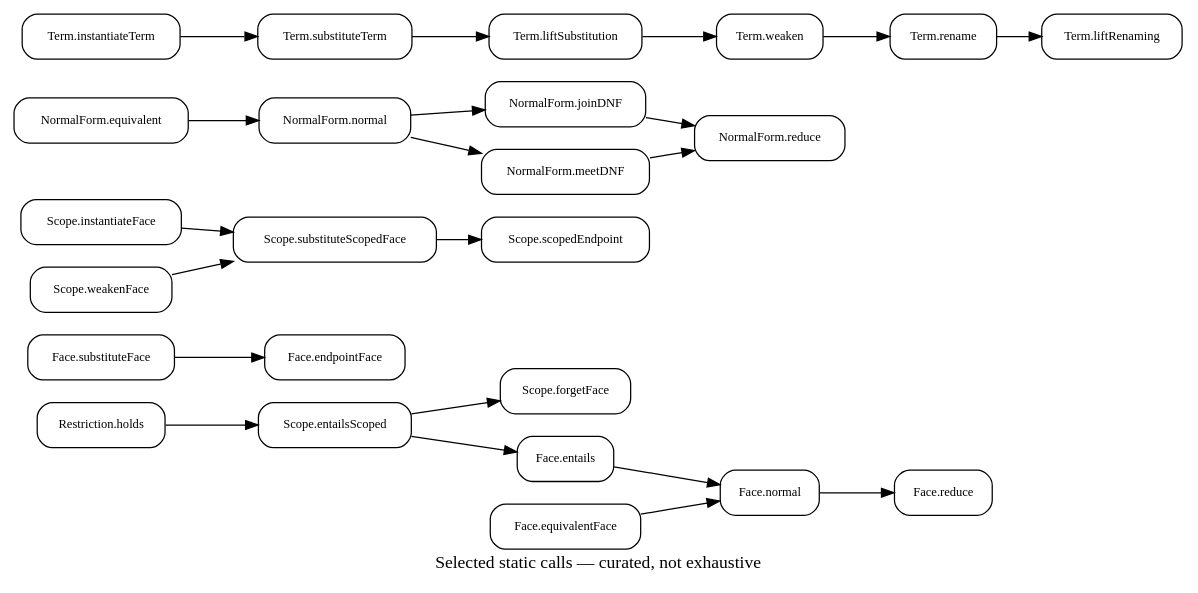
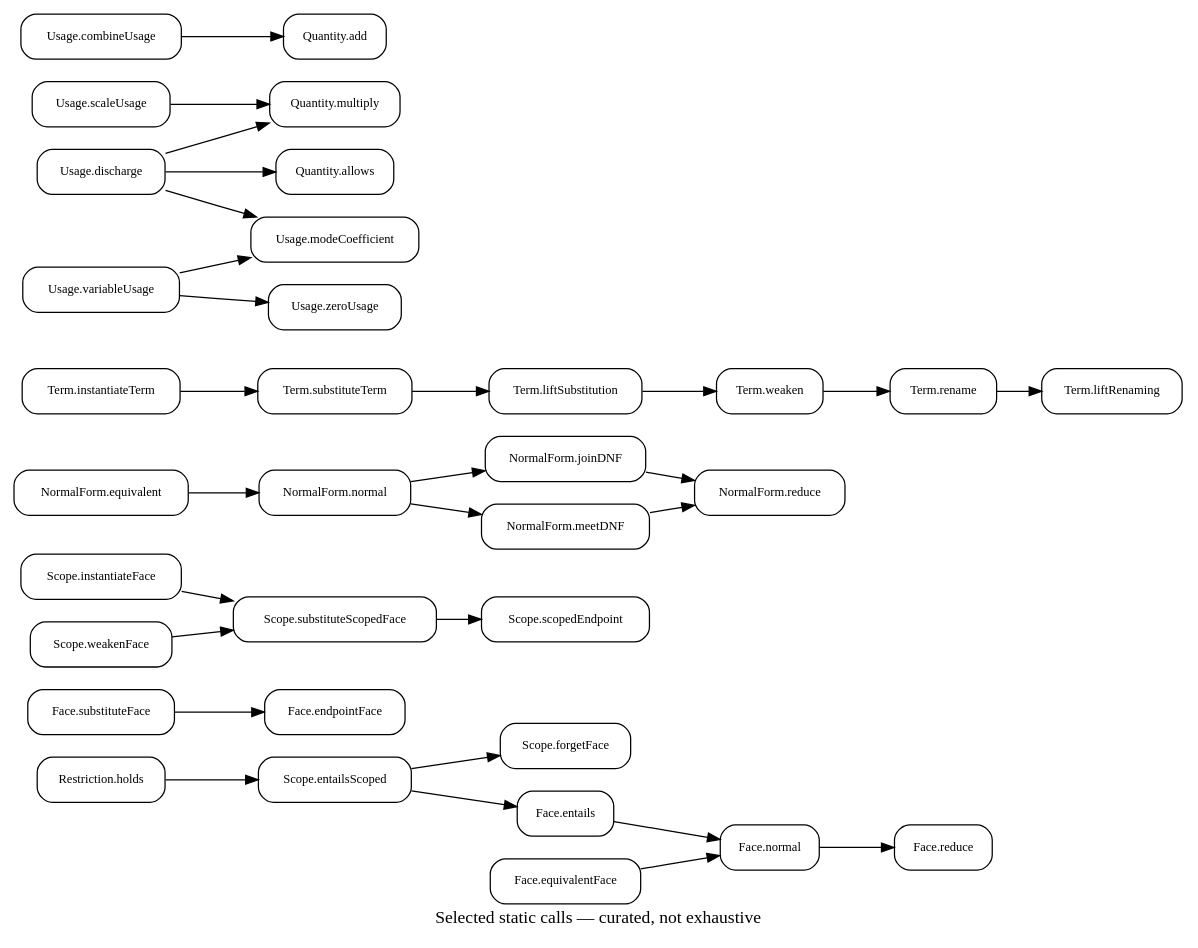
The diagram in docs/diagrams/calls.dot (odunboye/fibril), drawn with Graphviz before and after one commit. The commit also changed 8 other files, not shown here.

```diff
--- a/docs/diagrams/calls.dot
+++ b/docs/diagrams/calls.dot
@@ -1,20 +1,24 @@
 digraph Calls {
 rankdir=LR; node [shape=box,style=rounded,fontsize=10];
 "Restriction.holds" -> "Scope.entailsScoped";
 "Scope.entailsScoped" -> {"Scope.forgetFace" "Face.entails"};
 "Face.entails" -> "Face.normal"; "Face.equivalentFace" -> "Face.normal";
 "Face.normal" -> "Face.reduce";
 "Face.substituteFace" -> "Face.endpointFace";
 "Scope.substituteScopedFace" -> "Scope.scopedEndpoint";
 "Scope.instantiateFace" -> "Scope.substituteScopedFace";
 "Scope.weakenFace" -> "Scope.substituteScopedFace";
 "NormalForm.equivalent" -> "NormalForm.normal";
 "NormalForm.normal" -> {"NormalForm.joinDNF" "NormalForm.meetDNF"};
 "NormalForm.joinDNF" -> "NormalForm.reduce";
 "NormalForm.meetDNF" -> "NormalForm.reduce";
 "Term.instantiateTerm" -> "Term.substituteTerm";
 "Term.substituteTerm" -> "Term.liftSubstitution";
 "Term.liftSubstitution" -> "Term.weaken";
 "Term.weaken" -> "Term.rename"; "Term.rename" -> "Term.liftRenaming";
+"Usage.discharge" -> {"Usage.modeCoefficient" "Quantity.multiply" "Quantity.allows"};
+"Usage.variableUsage" -> {"Usage.modeCoefficient" "Usage.zeroUsage"};
+"Usage.combineUsage" -> "Quantity.add";
+"Usage.scaleUsage" -> "Quantity.multiply";
 label="Selected static calls — curated, not exhaustive";
 }
```
